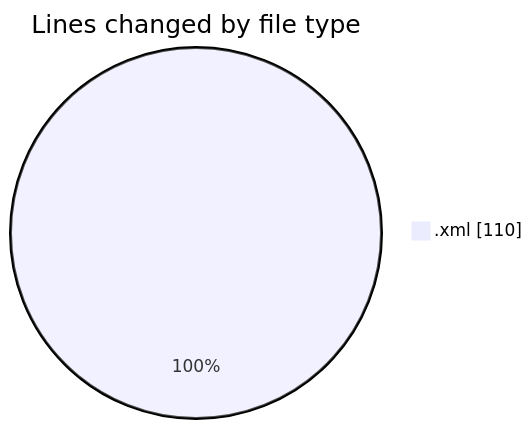
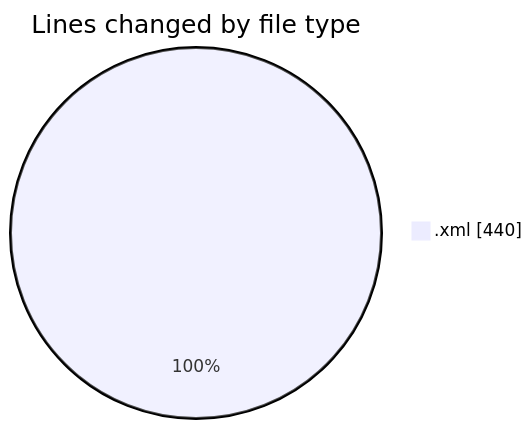
One commit to ricardozamudiocil/code-tracking changed the first of 2 diagrams in 2026-06-22/cilreports__workspace_/README.md. Above: the diagram before and after it, drawn with Mermaid. The commit also changed other lines of this file and 1 other file, not shown here.

````diff
--- a/2026-06-22/cilreports__workspace_/README.md
+++ b/2026-06-22/cilreports__workspace_/README.md
@@ -20,5 +21,5 @@
 ```mermaid
 pie showData
 title Lines changed by file type
-".xml" : 110
+".xml" : 440
 ```
````
